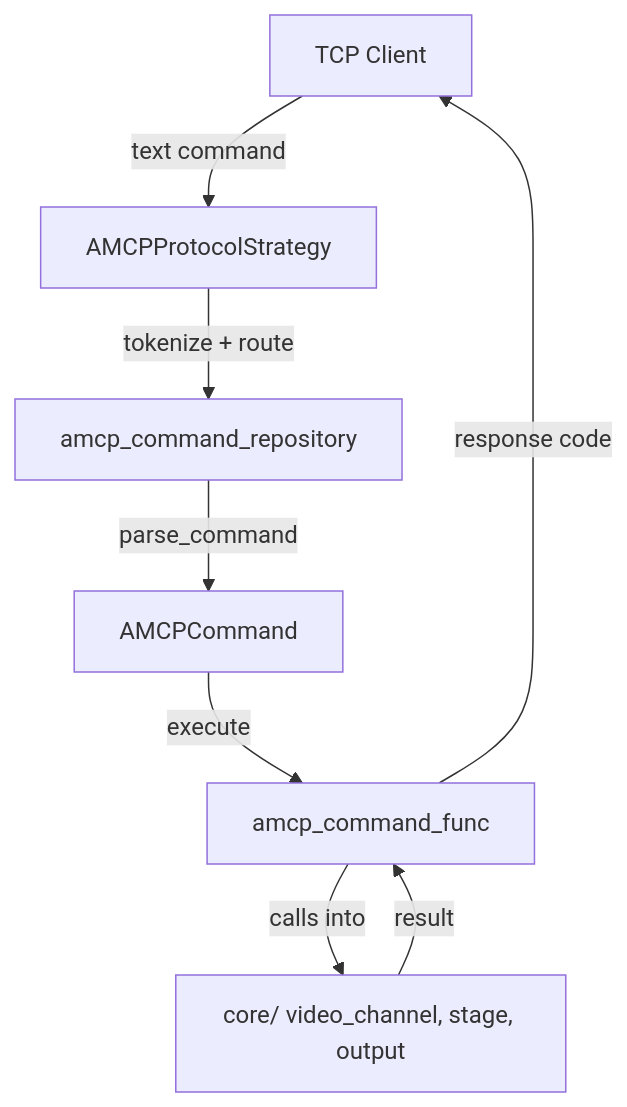
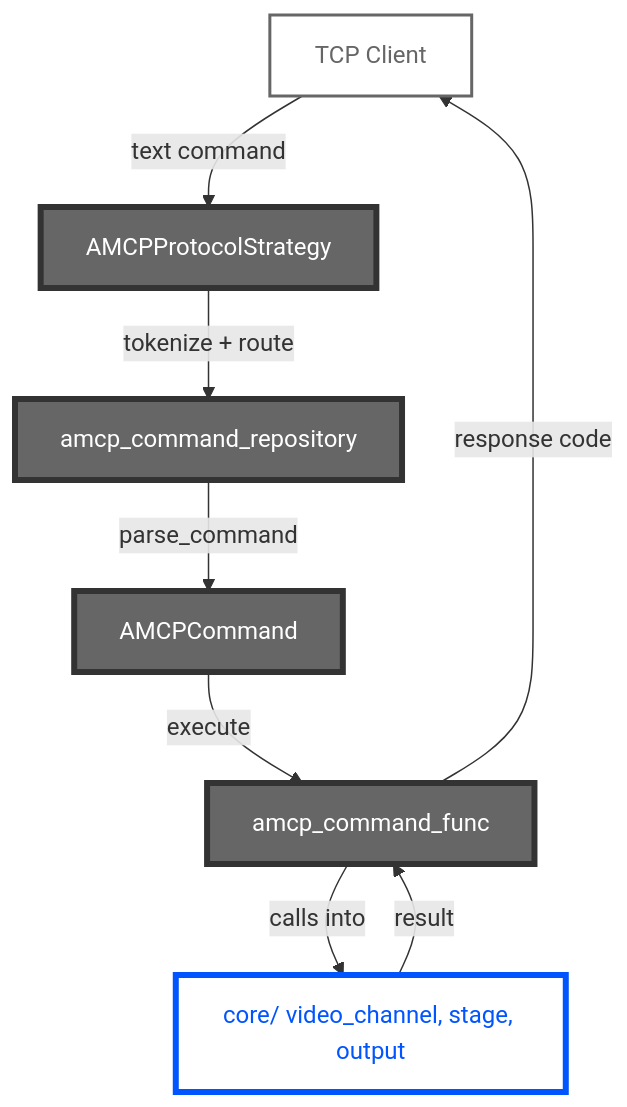
Before and after one commit to den-frie-vilje/casparCG: the fourth of 10 diagrams in docs/architecture.md, drawn with Mermaid. The commit also changed other lines of this file, not shown here.

Commit message:
docs: style diagrams with blue, dark green, and golden yellow

````diff
--- a/docs/architecture.md
+++ b/docs/architecture.md
@@ -224,11 +255,15 @@
 ```mermaid
 flowchart TD
-    CLIENT[TCP Client]
-    CLIENT -->|text command| STRAT[AMCPProtocolStrategy]
-    STRAT -->|tokenize + route| REPO[amcp_command_repository]
-    REPO -->|parse_command| CMD[AMCPCommand]
-    CMD -->|execute| FUNC[amcp_command_func]
-    FUNC -->|calls into| CORE[core/ video_channel, stage, output]
+    classDef coreNode fill:#FFF,color:#0055FF,stroke:#0055FF,stroke-width:4px
+    classDef protoNode fill:#666,color:#FFF,stroke:#333,stroke-width:4px
+    classDef clientNode fill:#FFF,color:#666,stroke:#666,stroke-width:2px
+
+    CLIENT[TCP Client]:::clientNode
+    CLIENT -->|text command| STRAT[AMCPProtocolStrategy]:::protoNode
+    STRAT -->|tokenize + route| REPO[amcp_command_repository]:::protoNode
+    REPO -->|parse_command| CMD[AMCPCommand]:::protoNode
+    CMD -->|execute| FUNC[amcp_command_func]:::protoNode
+    FUNC -->|calls into| CORE[core/ video_channel, stage, output]:::coreNode
     CORE -->|result| FUNC
     FUNC -->|response code| CLIENT
 ```
````
